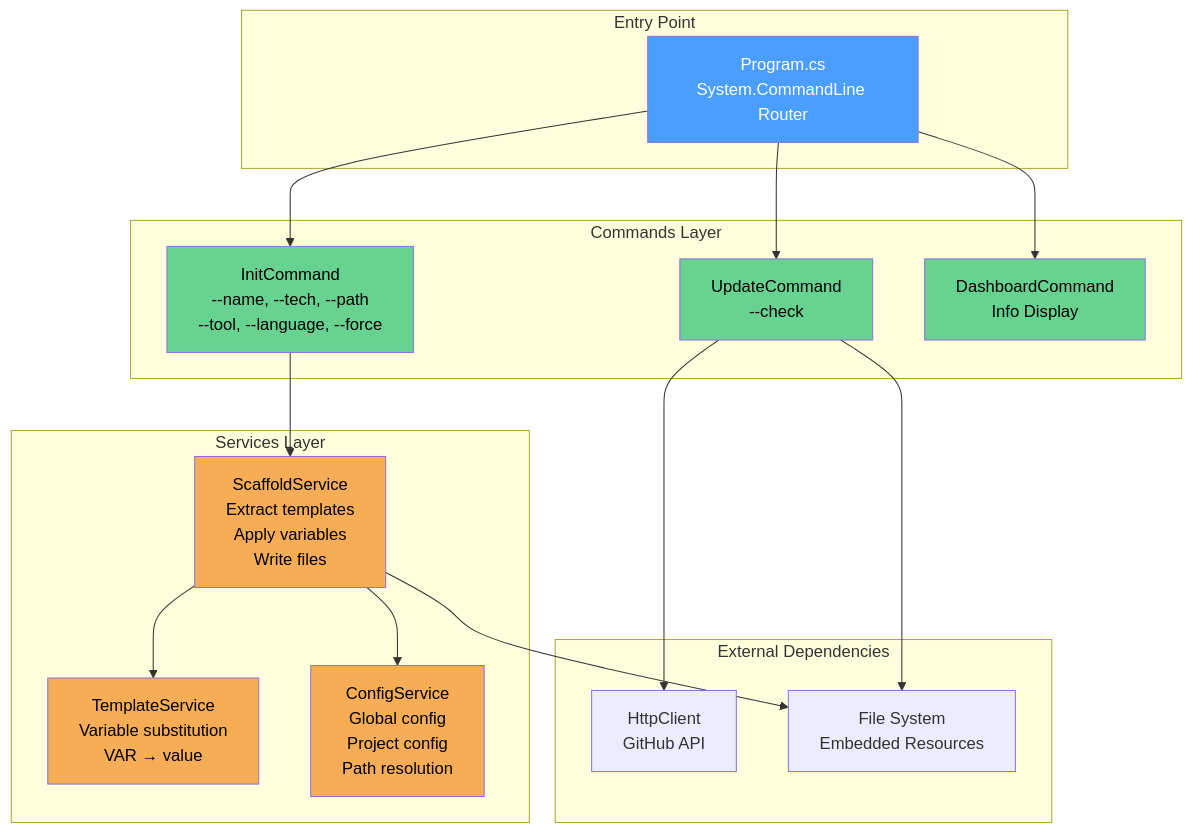
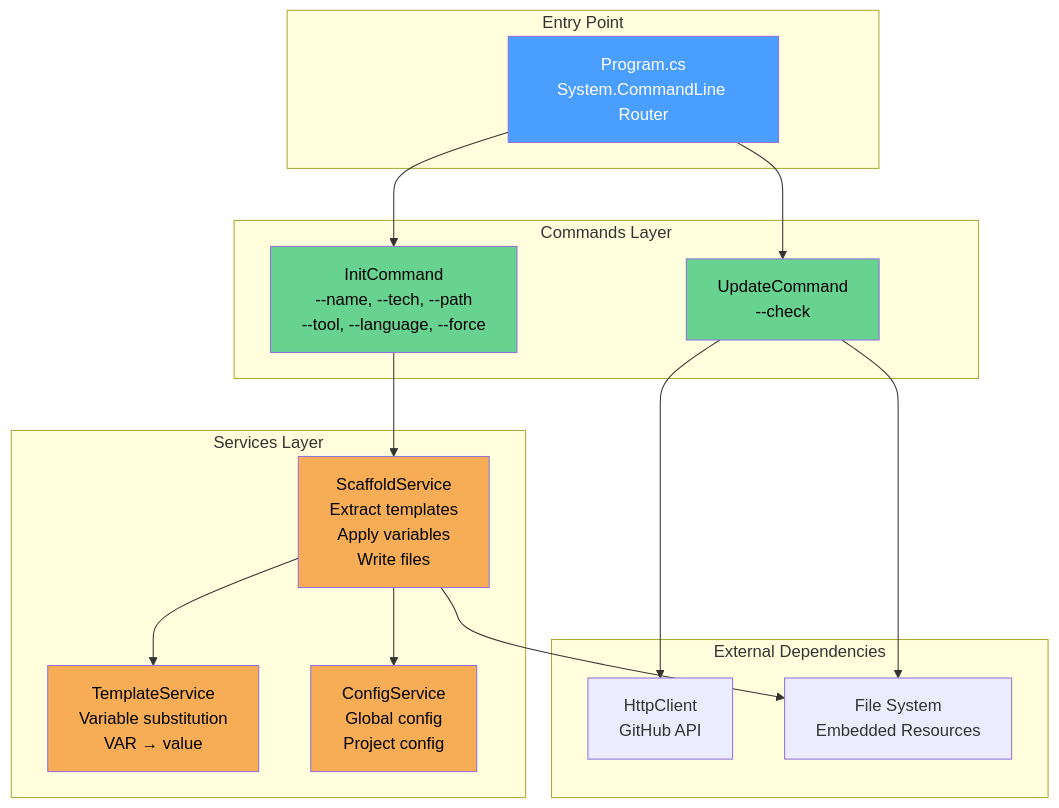
Before and after one commit to Tadzesi/SpecTacular: the third of 22 diagrams in ARCHITECTURE.md, drawn with Mermaid. The commit also changed other lines of this file and 6 other files, not shown here.

First line of the commit message:
refactor: Remove dashboard CLI command and DashboardPath config

````diff
--- a/ARCHITECTURE.md
+++ b/ARCHITECTURE.md
@@ -66,43 +66,40 @@
 ```mermaid
 graph TB
     subgraph Entry["Entry Point"]
         PROG[Program.cs<br/>System.CommandLine Router]
     end
 
     subgraph Commands["Commands Layer"]
         INIT[InitCommand<br/>--name, --tech, --path<br/>--tool, --language, --force]
         UPDATE[UpdateCommand<br/>--check]
-        DASH[DashboardCommand<br/>Info Display]
     end
 
     subgraph Services["Services Layer"]
         SCAFFOLD[ScaffoldService<br/>Extract templates<br/>Apply variables<br/>Write files]
         TEMPLATE[TemplateService<br/>Variable substitution<br/>VAR → value]
-        CONFIG[ConfigService<br/>Global config<br/>Project config<br/>Path resolution]
+        CONFIG[ConfigService<br/>Global config<br/>Project config]
     end
 
     subgraph External["External Dependencies"]
         HTTP[HttpClient<br/>GitHub API]
         FS[File System<br/>Embedded Resources]
     end
 
     PROG --> INIT
     PROG --> UPDATE
-    PROG --> DASH
 
     INIT --> SCAFFOLD
     SCAFFOLD --> TEMPLATE
     SCAFFOLD --> CONFIG
     SCAFFOLD --> FS
 
     UPDATE --> HTTP
     UPDATE --> FS
 
     style PROG fill:#4a9eff,color:#fff
     style INIT fill:#68d391,color:#000
     style UPDATE fill:#68d391,color:#000
-    style DASH fill:#68d391,color:#000
     style SCAFFOLD fill:#f6ad55,color:#000
     style TEMPLATE fill:#f6ad55,color:#000
     style CONFIG fill:#f6ad55,color:#000
 ```
````
